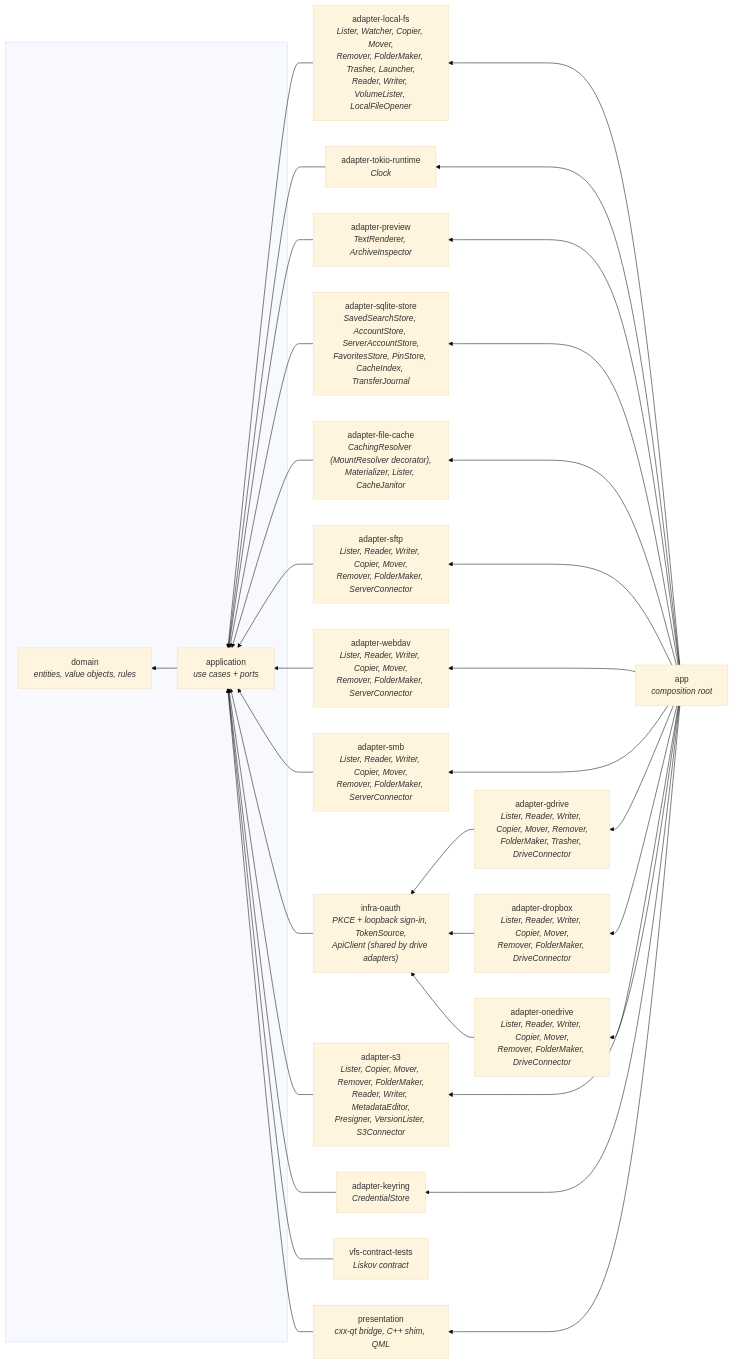
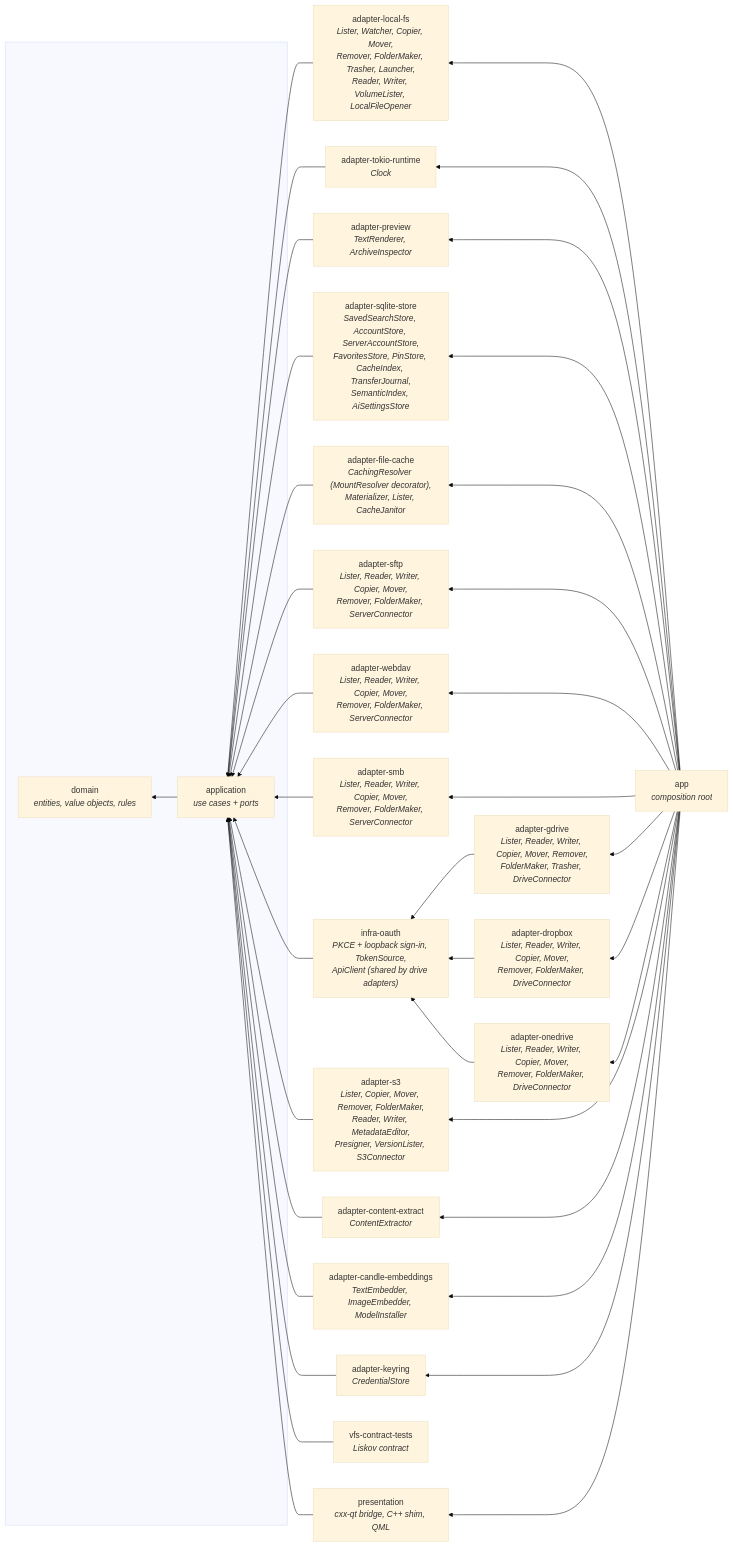
The diagram in docs/architecture.md (gustaavik/findermaxxing), drawn with Mermaid (base theme) before and after one commit. The commit also changed other lines of this file and 4 other files, not shown here.

Commit message:
feat: implement AI search functionality with local embedding models and semantic indexing

````diff
--- a/docs/architecture.md
+++ b/docs/architecture.md
@@ -6,40 +6,44 @@
 ```mermaid
 flowchart RL
     subgraph core[" "]
         domain["domain<br/><i>entities, value objects, rules</i>"]
         application["application<br/><i>use cases + ports</i>"]
     end
     application --> domain
 
     local["adapter-local-fs<br/><i>Lister, Watcher, Copier, Mover,<br/>Remover, FolderMaker, Trasher, Launcher,<br/>Reader, Writer, VolumeLister, LocalFileOpener</i>"] --> application
     tokio_rt["adapter-tokio-runtime<br/><i>Clock</i>"] --> application
     preview["adapter-preview<br/><i>TextRenderer, ArchiveInspector</i>"] --> application
-    store["adapter-sqlite-store<br/><i>SavedSearchStore, AccountStore, ServerAccountStore,<br/>FavoritesStore, PinStore, CacheIndex, TransferJournal</i>"] --> application
+    store["adapter-sqlite-store<br/><i>SavedSearchStore, AccountStore, ServerAccountStore,<br/>FavoritesStore, PinStore, CacheIndex, TransferJournal,<br/>SemanticIndex, AiSettingsStore</i>"] --> application
     cache["adapter-file-cache<br/><i>CachingResolver (MountResolver decorator),<br/>Materializer, Lister, CacheJanitor</i>"] --> application
     sftp["adapter-sftp<br/><i>Lister, Reader, Writer, Copier, Mover,<br/>Remover, FolderMaker, ServerConnector</i>"] --> application
     webdav["adapter-webdav<br/><i>Lister, Reader, Writer, Copier, Mover,<br/>Remover, FolderMaker, ServerConnector</i>"] --> application
     smb["adapter-smb<br/><i>Lister, Reader, Writer, Copier, Mover,<br/>Remover, FolderMaker, ServerConnector</i>"] --> application
     oauth["infra-oauth<br/><i>PKCE + loopback sign-in, TokenSource,<br/>ApiClient (shared by drive adapters)</i>"] --> application
     gdrive["adapter-gdrive<br/><i>Lister, Reader, Writer, Copier, Mover, Remover,<br/>FolderMaker, Trasher, DriveConnector</i>"] --> oauth
     dropbox["adapter-dropbox<br/><i>Lister, Reader, Writer, Copier, Mover,<br/>Remover, FolderMaker, DriveConnector</i>"] --> oauth
     onedrive["adapter-onedrive<br/><i>Lister, Reader, Writer, Copier, Mover,<br/>Remover, FolderMaker, DriveConnector</i>"] --> oauth
     s3["adapter-s3<br/><i>Lister, Copier, Mover, Remover, FolderMaker,<br/>Reader, Writer, MetadataEditor,<br/>Presigner, VersionLister, S3Connector</i>"] --> application
+    extract["adapter-content-extract<br/><i>ContentExtractor</i>"] --> application
+    candle["adapter-candle-embeddings<br/><i>TextEmbedder, ImageEmbedder, ModelInstaller</i>"] --> application
     keyring["adapter-keyring<br/><i>CredentialStore</i>"] --> application
     contract["vfs-contract-tests<br/><i>Liskov contract</i>"] --> application
     presentation["presentation<br/><i>cxx-qt bridge, C++ shim, QML</i>"] --> application
 
     app["app<br/><i>composition root</i>"] --> local
     app --> tokio_rt
     app --> preview
     app --> store
     app --> s3
     app --> keyring
     app --> cache
     app --> sftp
     app --> webdav
     app --> smb
     app --> gdrive
     app --> dropbox
     app --> onedrive
+    app --> extract
+    app --> candle
     app --> presentation
 ```
````
